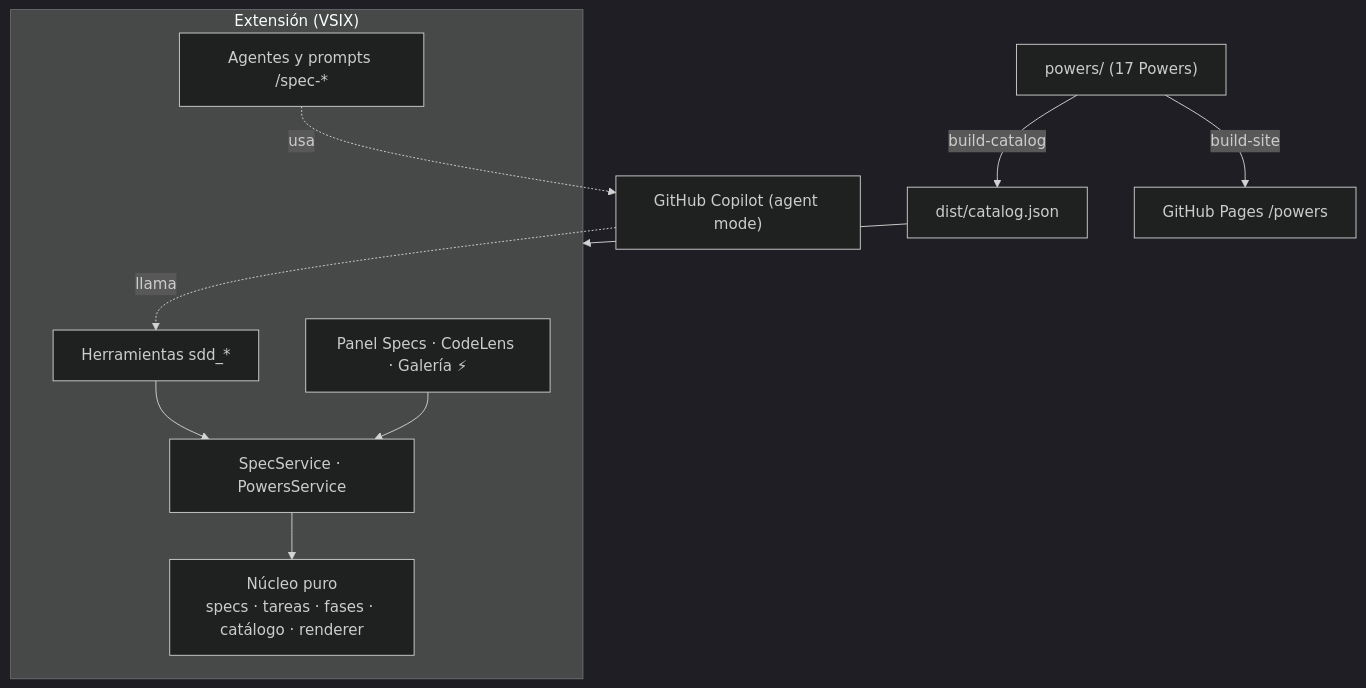
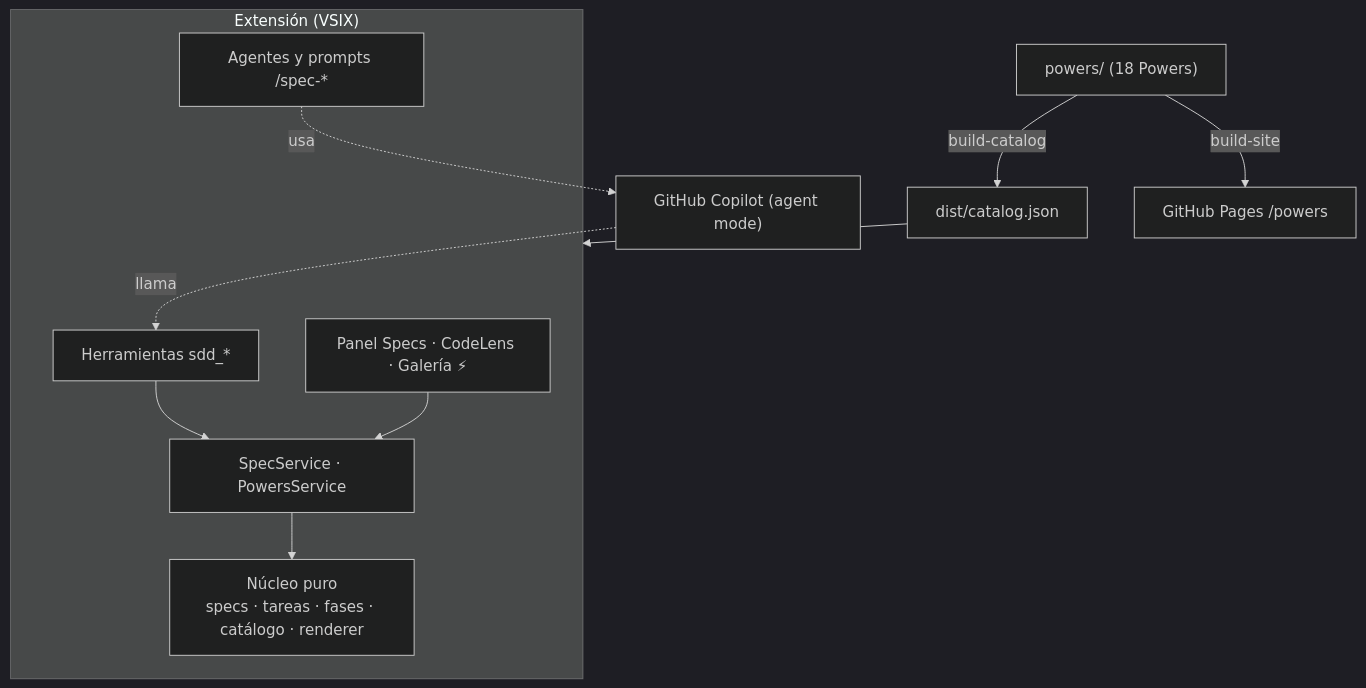
One commit to enriquecordero/sdd-studio changed the second of 2 diagrams in README.md. Above: the diagram before and after it, drawn with Mermaid (dark theme). The commit also changed other lines of this file and 8 other files, not shown here.

First line of the commit message:
feat(powers): Power AWS Solutions Architect (aws-architect) con cinco servidores MCP

````diff
--- a/README.md
+++ b/README.md
@@ -645,14 +668,14 @@
 ```mermaid
 flowchart TB
     subgraph VSIX["Extensión (VSIX)"]
         UI["Panel Specs · CodeLens · Galería ⚡"] --> SVC["SpecService · PowersService"]
         SVC --> CORE["Núcleo puro<br/>specs · tareas · fases · catálogo · renderer"]
         TOOLS["Herramientas sdd_*"] --> SVC
         AG["Agentes y prompts /spec-*"]
     end
     AG -. usa .-> COP["GitHub Copilot (agent mode)"]
     COP -. llama .-> TOOLS
-    POW["powers/ (17 Powers)"] -->|build-catalog| CAT["dist/catalog.json"]
+    POW["powers/ (18 Powers)"] -->|build-catalog| CAT["dist/catalog.json"]
     CAT --> VSIX
     POW -->|build-site| SITE["GitHub Pages /powers"]
 ```
````
